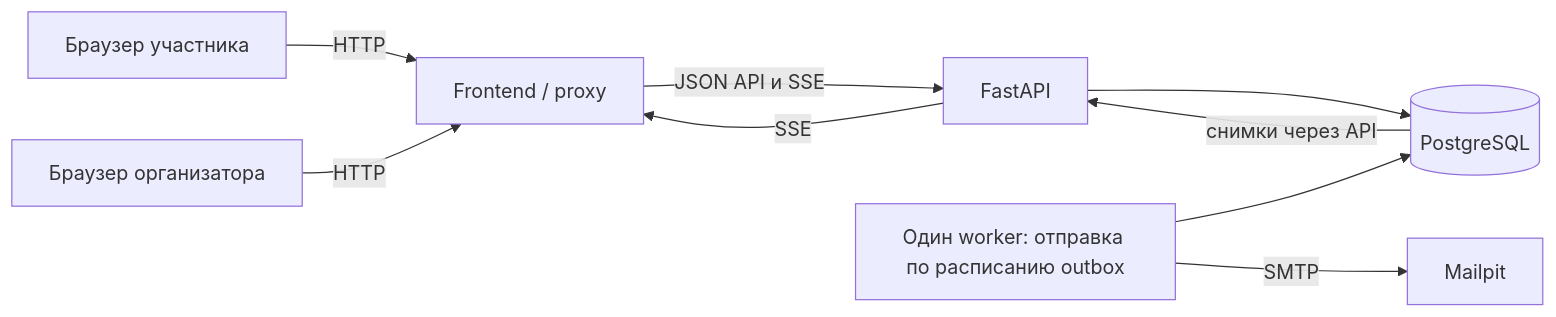
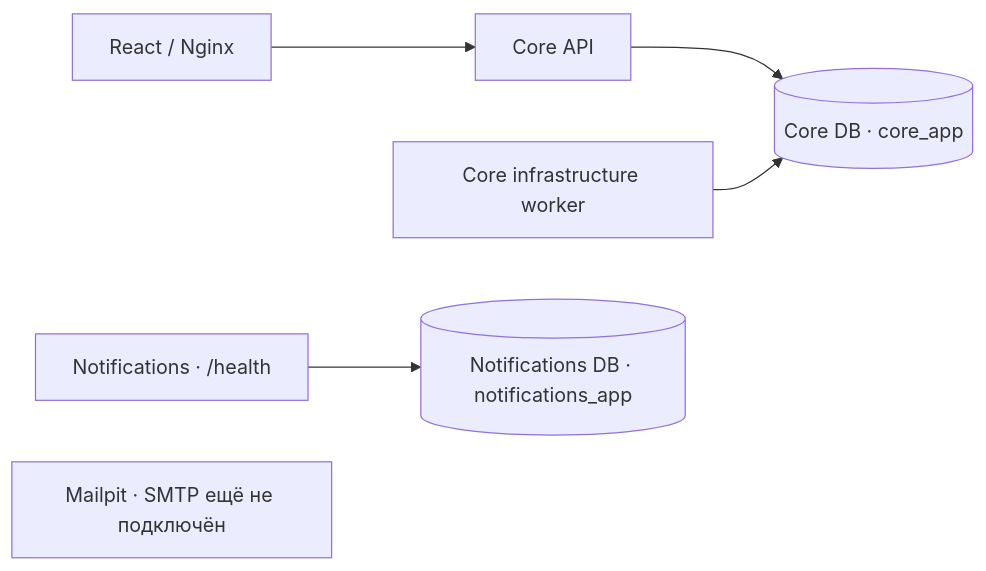
The first of 2 diagrams in ARCHITECTURE.md (Bolat141101/event-registration), drawn with Mermaid before and after one commit. The commit also changed other lines of this file and 39 other files, not shown here.

Commit message:
add notifications service infrastructure

````diff
--- a/ARCHITECTURE.md
+++ b/ARCHITECTURE.md
@@ -24,11 +27,8 @@
 ```mermaid
 flowchart LR
-    B1[Браузер участника] -->|HTTP| F[Frontend / proxy]
-    B2[Браузер организатора] -->|HTTP| F
-    F -->|JSON API и SSE| A[FastAPI]
-    A --> P[(PostgreSQL)]
-    W[Один worker: отправка по расписанию outbox] --> P
-    W -->|SMTP| M[Mailpit]
-    P -->|снимки через API| A
-    A -->|SSE| F
+    F[React / Nginx] --> A[Core API]
+    A --> C[(Core DB · core_app)]
+    W[Core infrastructure worker] --> C
+    N[Notifications · /health] --> D[(Notifications DB · notifications_app)]
+    M[Mailpit · SMTP ещё не подключён]
 ```
````
